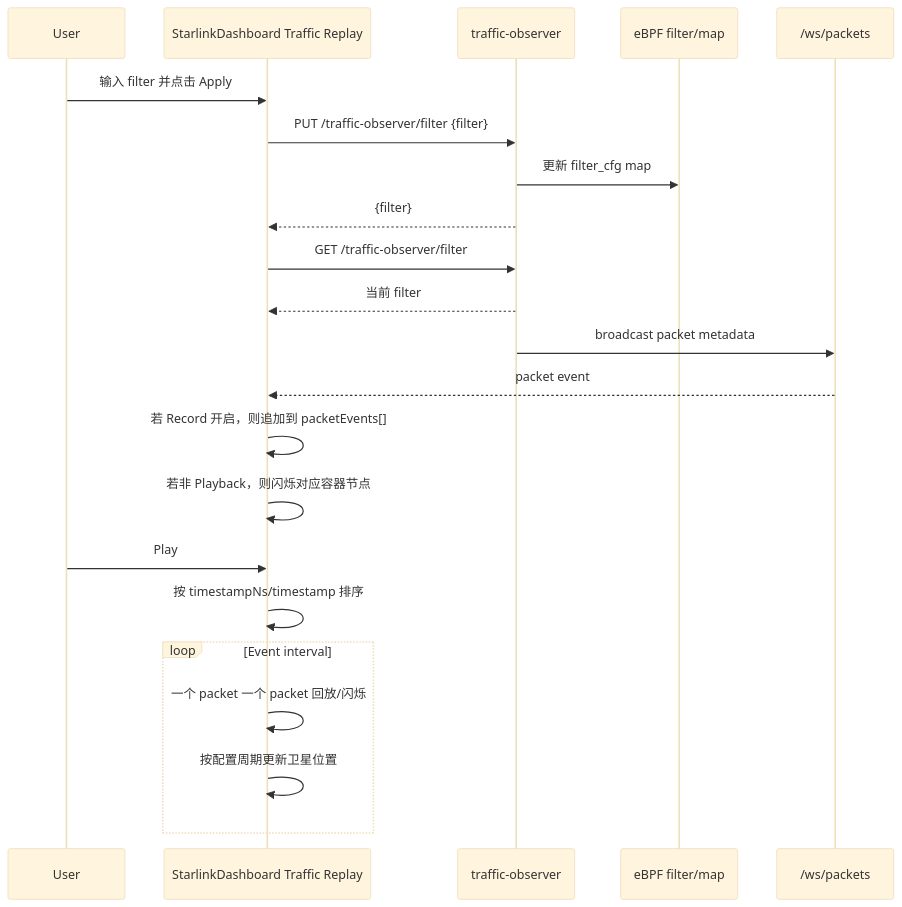
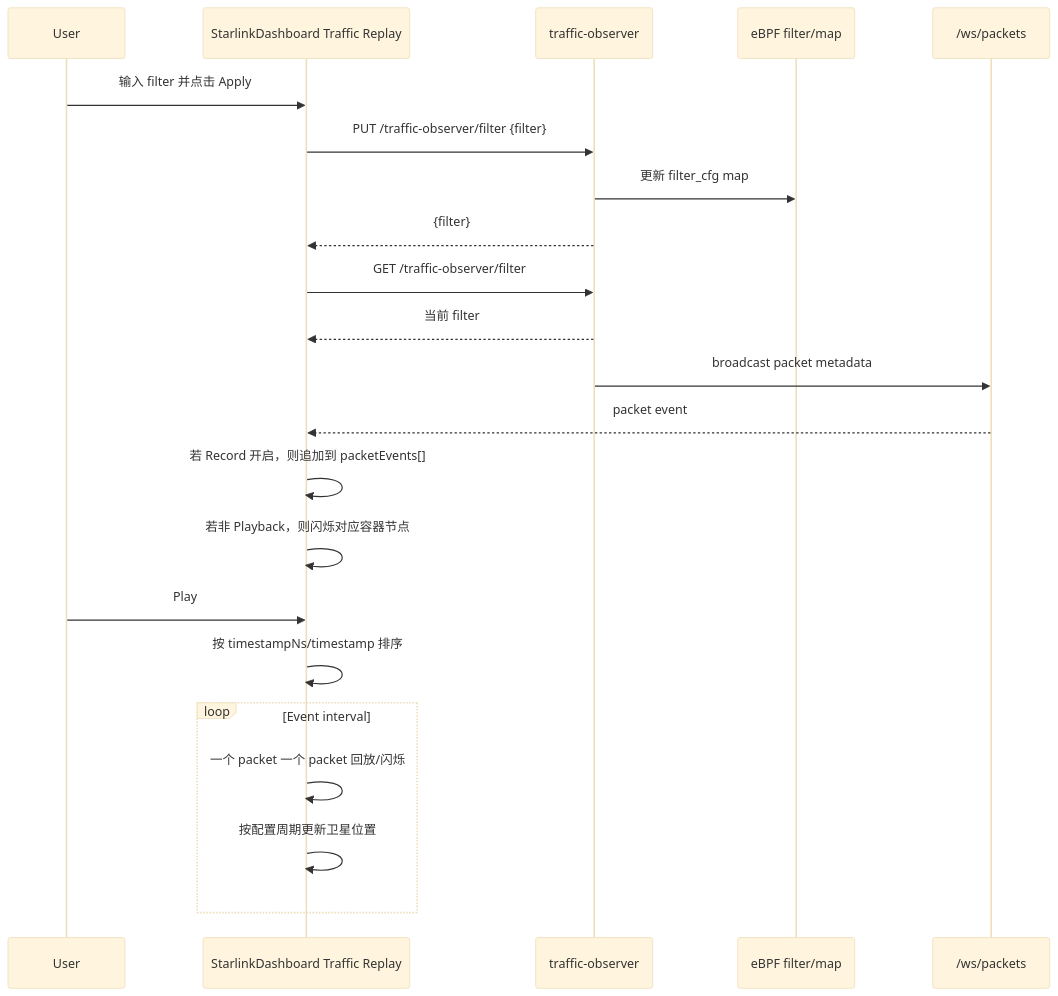
Before and after one commit to cy-gitlab/seed-visualization: the ninth of 10 diagrams in docs/architecture.md, drawn with Mermaid. The commit also changed other lines of this file, not shown here.

````diff
--- a/docs/architecture.md
+++ b/docs/architecture.md
@@ -266,29 +396,29 @@
 ```mermaid
-%%{init: {"theme": "base", "themeVariables": {"fontSize": "18px", "fontFamily": "Arial, Microsoft YaHei, sans-serif"}, "sequence": {"actorFontSize": 18, "messageFontSize": 16, "noteFontSize": 16}} }%%
+%%{init: {"theme": "base", "themeVariables": {"fontSize": "22px", "fontFamily": "Arial, Microsoft YaHei, sans-serif"}, "sequence": {"actorFontSize": 22, "messageFontSize": 20, "noteFontSize": 20, "actorMargin": 100, "messageMargin": 60, "boxMargin": 16}} }%%
 sequenceDiagram
   participant User as User
   participant UI as StarlinkDashboard Traffic Replay
   participant TO as traffic-observer
   participant EBPF as eBPF filter/map
   participant WS as /ws/packets
 
   User->>UI: 输入 filter 并点击 Apply
   UI->>TO: PUT /traffic-observer/filter {filter}
   TO->>EBPF: 更新 filter_cfg map
   TO-->>UI: {filter}
 
   UI->>TO: GET /traffic-observer/filter
   TO-->>UI: 当前 filter
 
   TO->>WS: broadcast packet metadata
   WS-->>UI: packet event
   UI->>UI: 若 Record 开启，则追加到 packetEvents[]
   UI->>UI: 若非 Playback，则闪烁对应容器节点
 
   User->>UI: Play
   UI->>UI: 按 timestampNs/timestamp 排序
   loop Event interval
     UI->>UI: 一个 packet 一个 packet 回放/闪烁
     UI->>UI: 按配置周期更新卫星位置
   end
 ```
````
